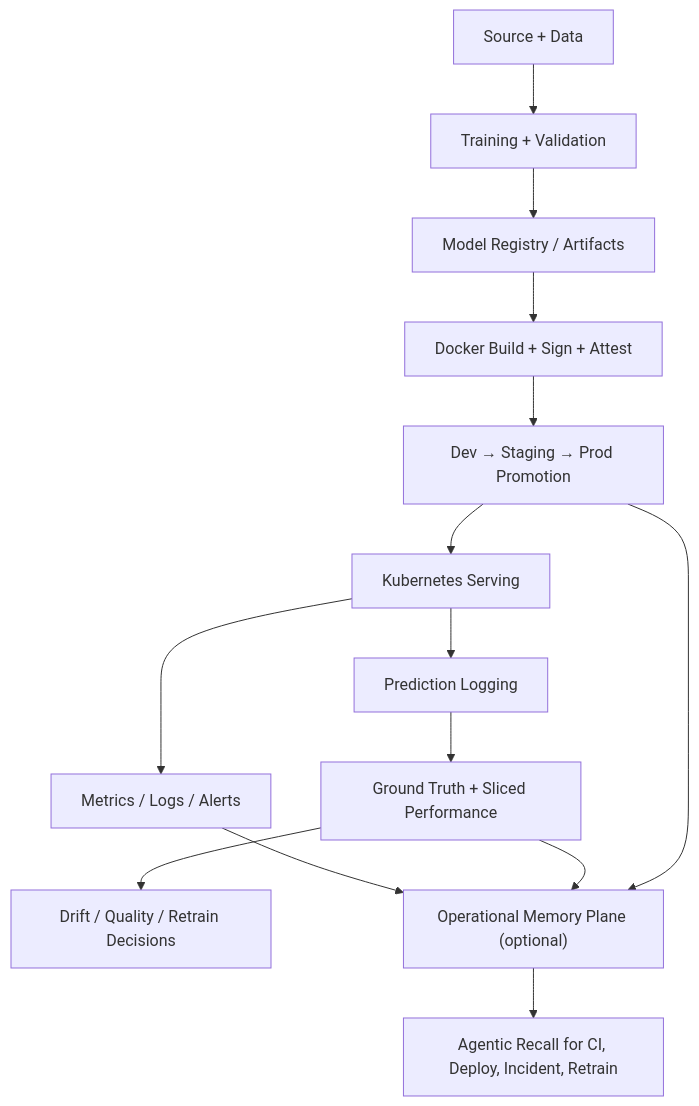
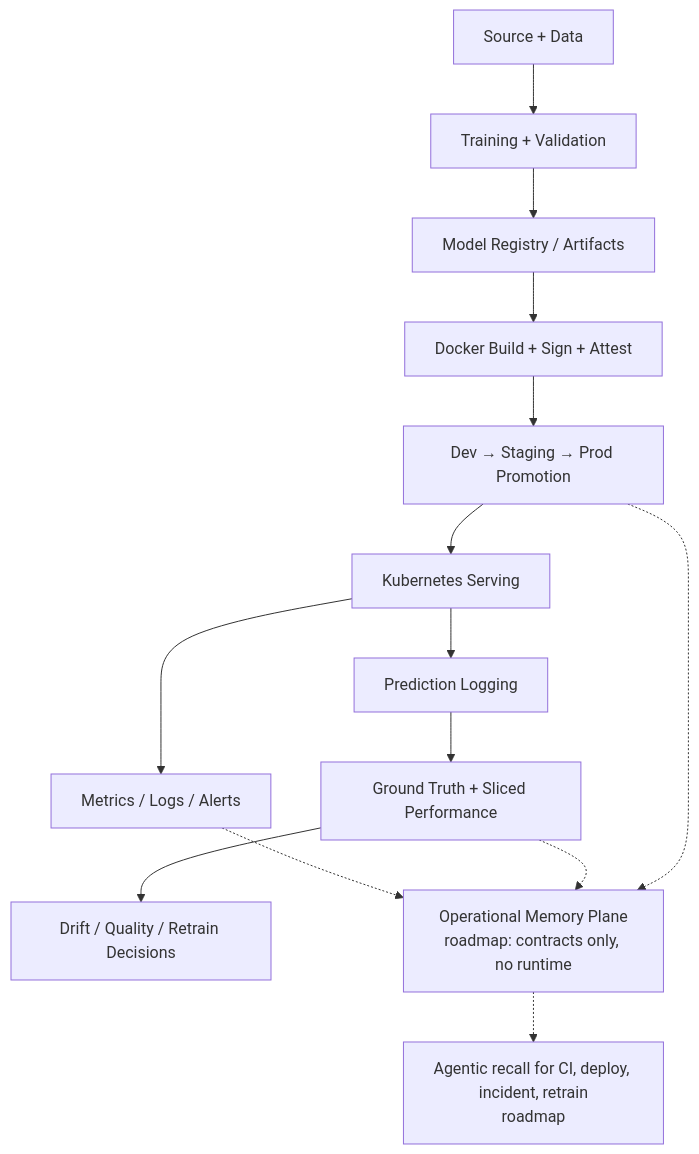
The diagram in README.md (DuqueOM/ml-service-template), drawn with Mermaid before and after one commit. The commit also changed other lines of this file and 10 other files, not shown here.

````diff
--- a/README.md
+++ b/README.md
@@ -265,16 +131,16 @@
 ```mermaid
 flowchart TD
     A["Source + Data"] --> B["Training + Validation"]
     B --> C["Model Registry / Artifacts"]
     C --> D["Docker Build + Sign + Attest"]
     D --> E["Dev → Staging → Prod Promotion"]
     E --> F["Kubernetes Serving"]
     F --> G["Metrics / Logs / Alerts"]
     F --> H["Prediction Logging"]
     H --> I["Ground Truth + Sliced Performance"]
     I --> J["Drift / Quality / Retrain Decisions"]
-    G --> K["Operational Memory Plane (optional)"]
-    I --> K
-    E --> K
-    K --> L["Agentic Recall for CI, Deploy, Incident, Retrain"]
+    G -.-> K["Operational Memory Plane<br/>roadmap: contracts only, no runtime"]
+    I -.-> K
+    E -.-> K
+    K -.-> L["Agentic recall for CI, deploy, incident, retrain<br/>roadmap"]
 ```
````
